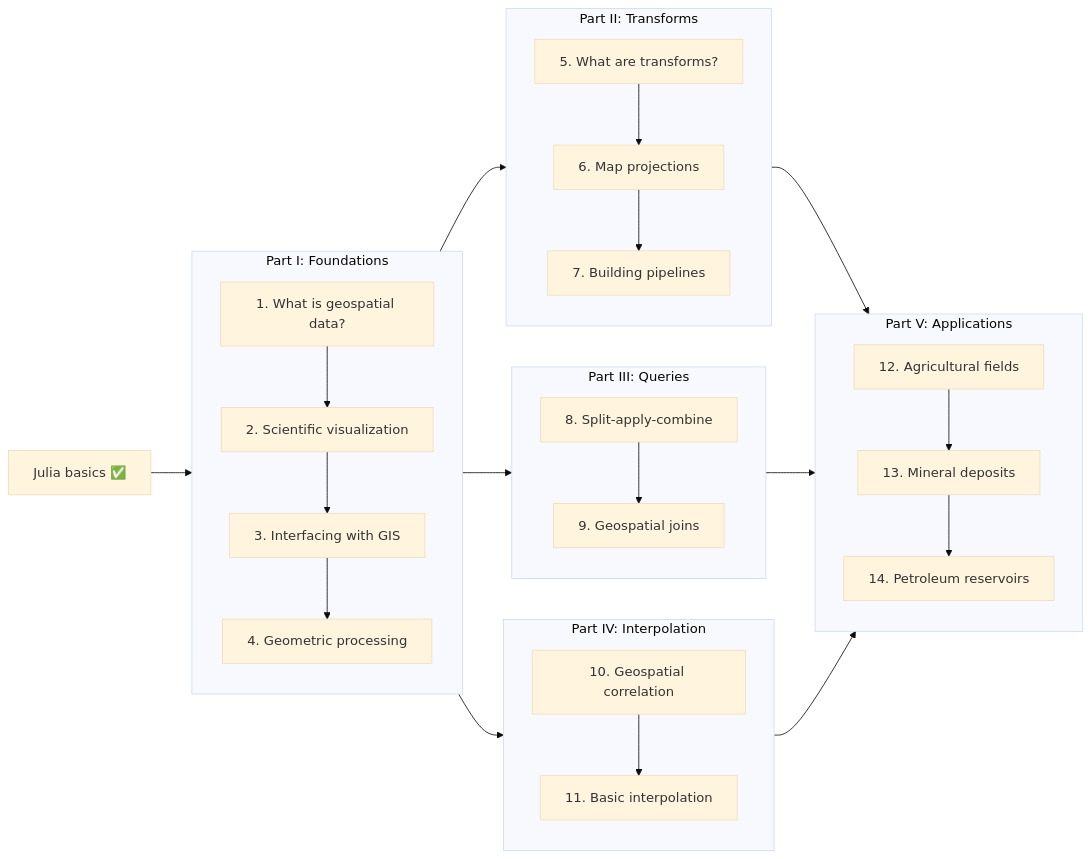
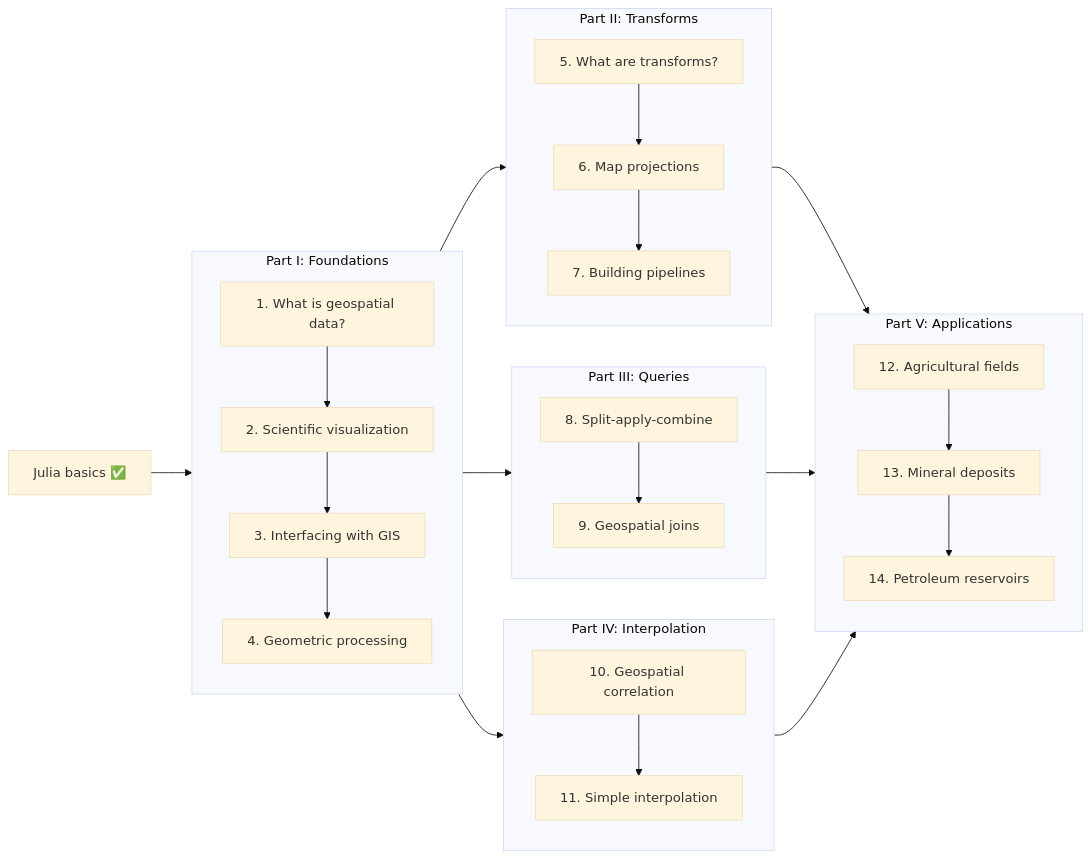
The diagram in preface.qmd (JuliaEarth/geospatial-data-science-with-julia), drawn with Mermaid (base theme) before and after one commit. The commit also changed other lines of this file, not shown here.

Commit message:
Update preface

````diff
--- a/preface.qmd
+++ b/preface.qmd
@@ -51,43 +51,43 @@
 ```{mermaid}
 flowchart LR
   preread["Julia basics ✅"] --> partI
   subgraph partI["Part I: Foundations"]
     chapter1["1. What is geospatial data?"]
     chapter2["2. Scientific visualization"]
     chapter3["3. Interfacing with GIS"]
     chapter4["4. Geometric processing"]
     chapter1 --> chapter2
     chapter2 --> chapter3
     chapter3 --> chapter4
   end
   subgraph partII["Part II: Transforms"]
     chapter5["5. What are transforms?"]
     chapter6["6. Map projections"]
     chapter7["7. Building pipelines"]
     chapter5 --> chapter6
     chapter6 --> chapter7
   end
   subgraph partIII["Part III: Queries"]
     chapter8["8. Split-apply-combine"]
     chapter9["9. Geospatial joins"]
     chapter8 --> chapter9
   end
   subgraph partIV["Part IV: Interpolation"]
     chapter10["10. Geospatial correlation"]
-    chapter11["11. Basic interpolation"]
+    chapter11["11. Simple interpolation"]
     chapter10 --> chapter11
   end
   subgraph partV["Part V: Applications"]
     chapter12["12. Agricultural fields"]
     chapter13["13. Mineral deposits"]
     chapter14["14. Petroleum reservoirs"]
     chapter12 --> chapter13
     chapter13 --> chapter14
   end
   partI --> partII
   partI --> partIII
   partI --> partIV
   partII --> partV
   partIII --> partV
   partIV --> partV
 ```
````
